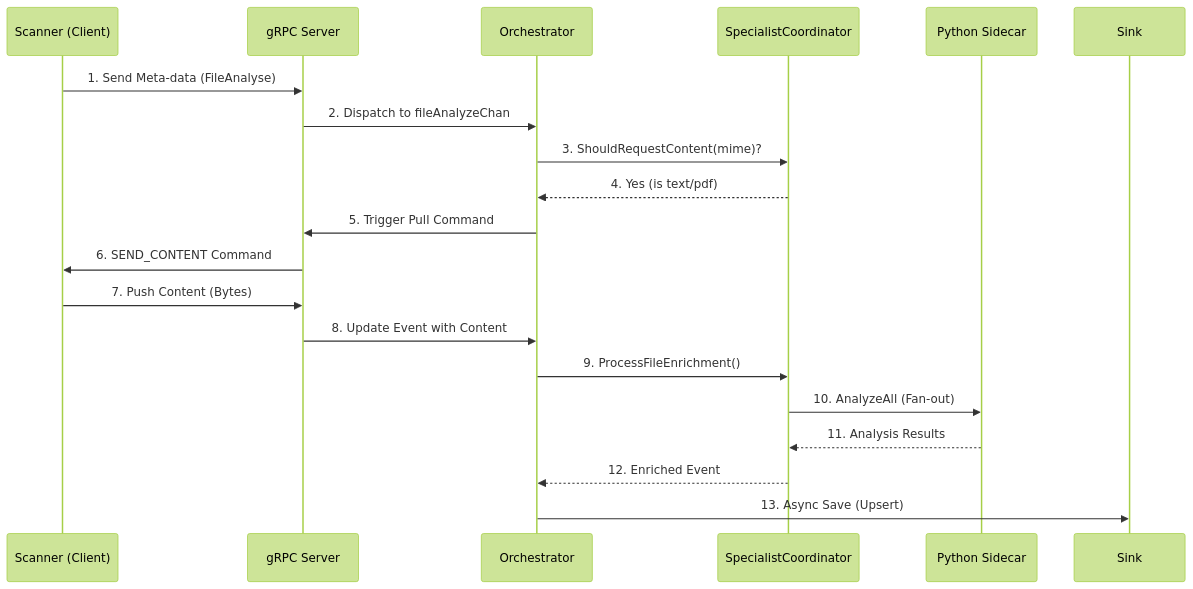
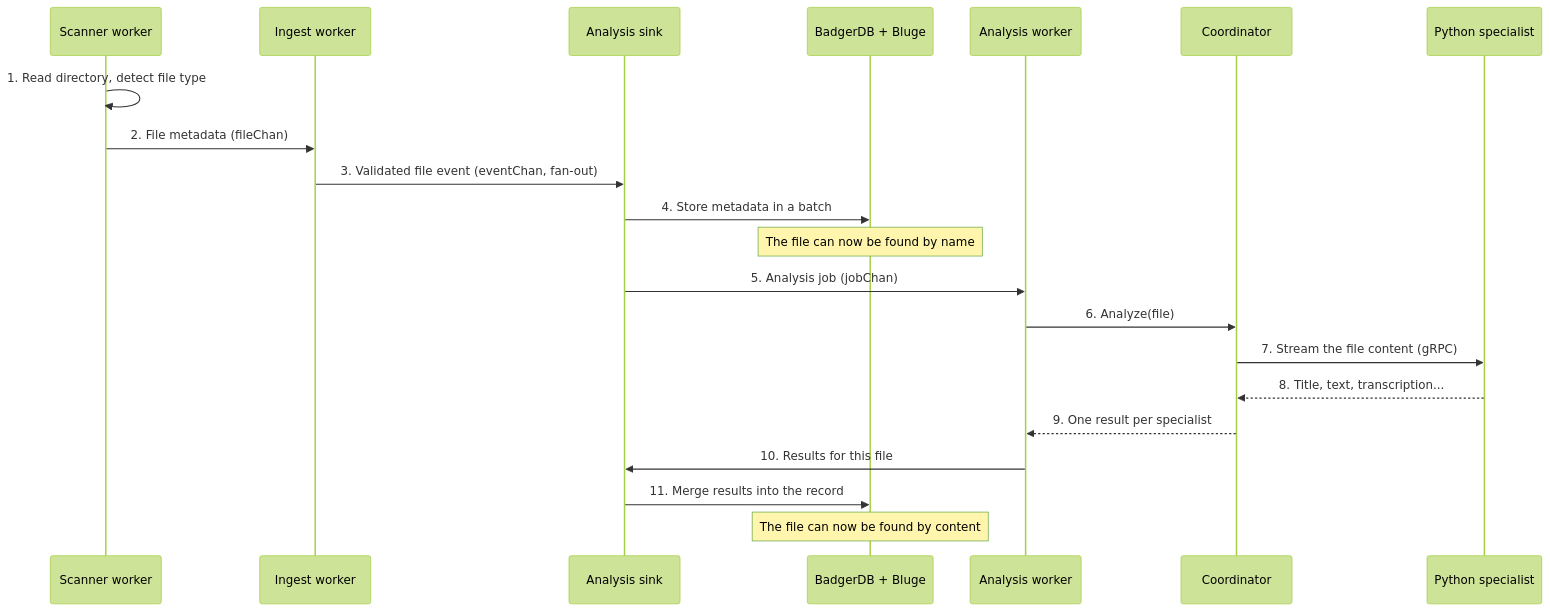
One commit to mama165/chat-lab changed the diagram in docs/SEQUENCE.md. Above: the diagram before and after it, drawn with Mermaid (forest theme). The commit also changed other lines of this file and 4 other files, not shown here.

`````diff
--- a/docs/SEQUENCE.md
+++ b/docs/SEQUENCE.md
@@ -1,22 +5,24 @@
 ```mermaid
 sequenceDiagram
-participant S as Scanner (Client)
-participant G as gRPC Server
-participant O as Orchestrator
-participant C as SpecialistCoordinator
-participant P as Python Sidecar
+    participant S as Scanner worker
+    participant I as Ingest worker
+    participant K as Analysis sink
+    participant DB as BadgerDB + Bluge
+    participant A as Analysis worker
+    participant C as Coordinator
+    participant P as Python specialist
 
-    S->>G: 1. Send Meta-data (FileAnalyse)
-    G->>O: 2. Dispatch to fileAnalyzeChan
-    O->>C: 3. ShouldRequestContent(mime)?
-    C-->>O: 4. Yes (is text/pdf)
-    O->>G: 5. Trigger Pull Command
-    G->>S: 6. SEND_CONTENT Command
-    S->>G: 7. Push Content (Bytes)
-    G->>O: 8. Update Event with Content
-    O->>C: 9. ProcessFileEnrichment()
-    C->>P: 10. AnalyzeAll (Fan-out)
-    P-->>C: 11. Analysis Results
-    C-->>O: 12. Enriched Event
-    O->>Sink: 13. Async Save (Upsert)
-````
+    S->>S: 1. Read directory, detect file type
+    S->>I: 2. File metadata (fileChan)
+    I->>K: 3. Validated file event (eventChan, fan-out)
+    K->>DB: 4. Store metadata in a batch
+    Note over DB: The file can now be found by name
+    K->>A: 5. Analysis job (jobChan)
+    A->>C: 6. Analyze(file)
+    C->>P: 7. Stream the file content (gRPC)
+    P-->>C: 8. Title, text, transcription...
+    C-->>A: 9. One result per specialist
+    A->>K: 10. Results for this file
+    K->>DB: 11. Merge results into the record
+    Note over DB: The file can now be found by content
+```
`````
